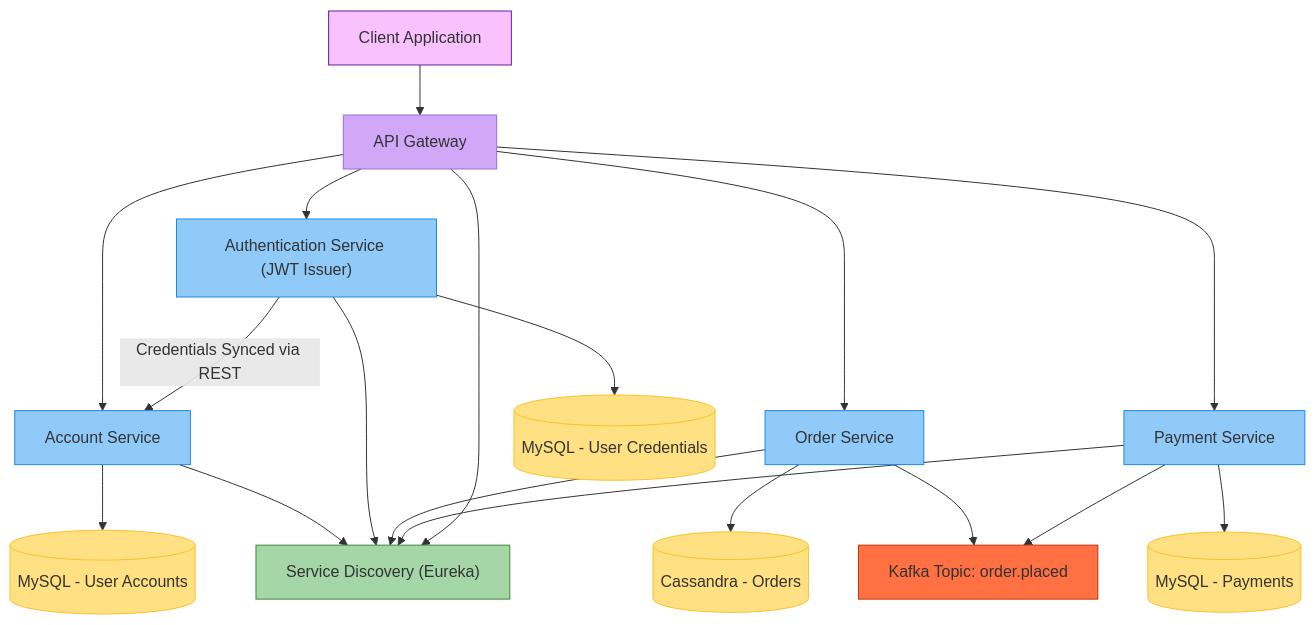
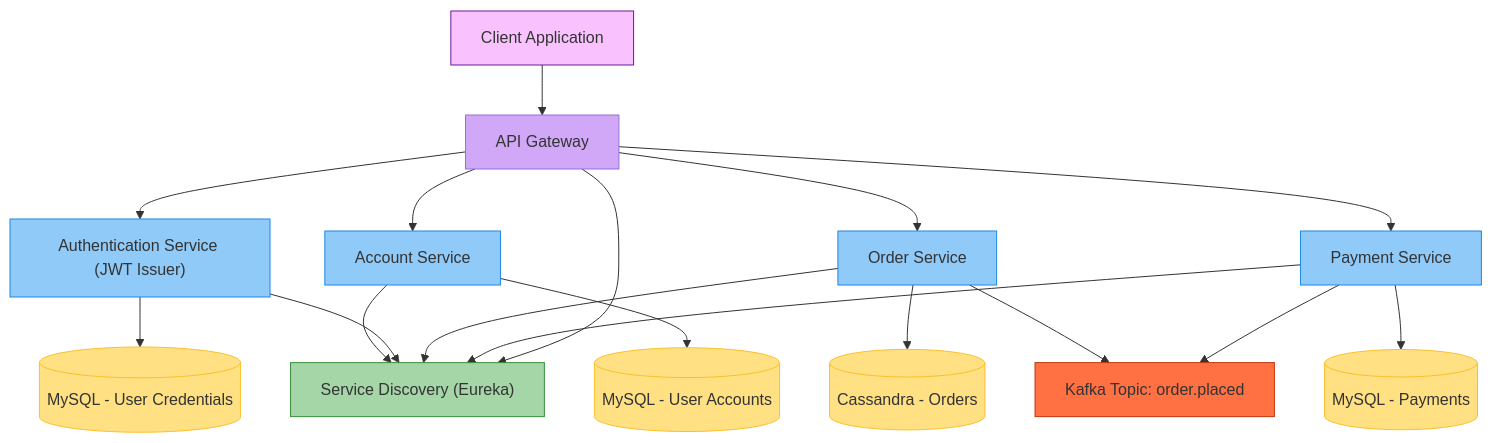
Before and after one commit to EricYoung37/sMall: the diagram in README.md, drawn with Mermaid. The commit also changed 6 other files, not shown here.

Commit message:
removed password for account-service since it's managed by auth-service in user_credentials, TODO: auth-service calling account-service upon registration, maintaining authentication across services

````diff
--- a/README.md
+++ b/README.md
@@ -6,41 +6,39 @@
 ```mermaid
 graph TD
     ClientApp[Client Application] --> APIGateway[API Gateway]
 
     APIGateway --> AuthService["Authentication Service (JWT Issuer)"]
     APIGateway --> AccountService[Account Service]
     APIGateway --> OrderService[Order Service]
     APIGateway --> PaymentService[Payment Service]
     
     AccountService --> MySQL_Accounts[(MySQL - User Accounts)]
     AuthService --> MySQL_Credentials[(MySQL - User Credentials)]
     OrderService --> CassandraOrders[(Cassandra - Orders)]
     PaymentService --> MySQL_Payments[(MySQL - Payments)]
-    
-    AuthService -- Credentials Synced via REST --> AccountService
     
     AccountService --> Eureka["Service Discovery (Eureka)"]
     AuthService --> Eureka
     OrderService --> Eureka
     PaymentService --> Eureka
     APIGateway --> Eureka
     
     OrderService --> Kafka[Kafka Topic: order.placed]
     PaymentService --> Kafka
     
     %% Define styles for different categories
     classDef clientApp fill:#f9c2ff,stroke:#6a1b9a;
     classDef apiGateway fill:#d1a7f7;
     classDef services fill:#90caf9,stroke:#1e88e5;
     classDef serviceDiscovery fill:#a5d6a7,stroke:#388e3c;
     classDef kafka fill:#ff7043,stroke:#bf360c;
     classDef databases fill:#ffe082,stroke:#fbc02d;
     
     %% Apply styles
     class ClientApp clientApp;
     class APIGateway apiGateway;
     class AuthService,AccountService,OrderService,PaymentService services;
     class Eureka serviceDiscovery;
     class Kafka kafka;
     class MySQL_Accounts,MySQL_Credentials,CassandraOrders,MySQL_Payments databases;
 ```
````
